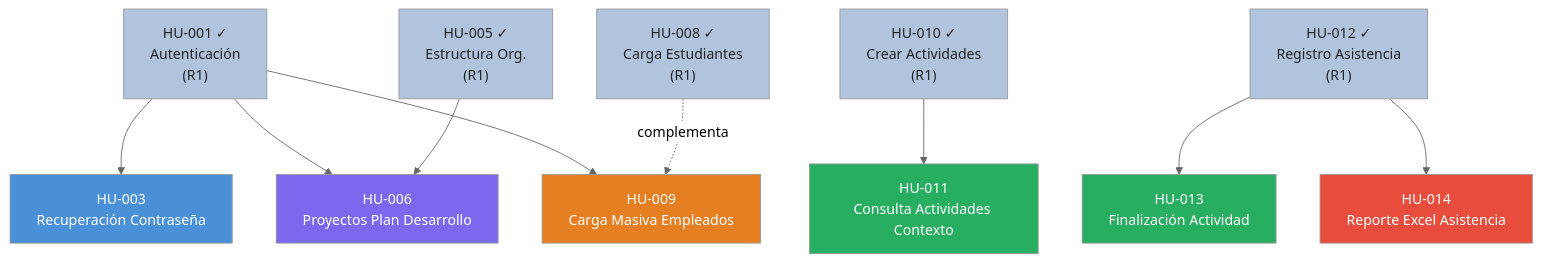
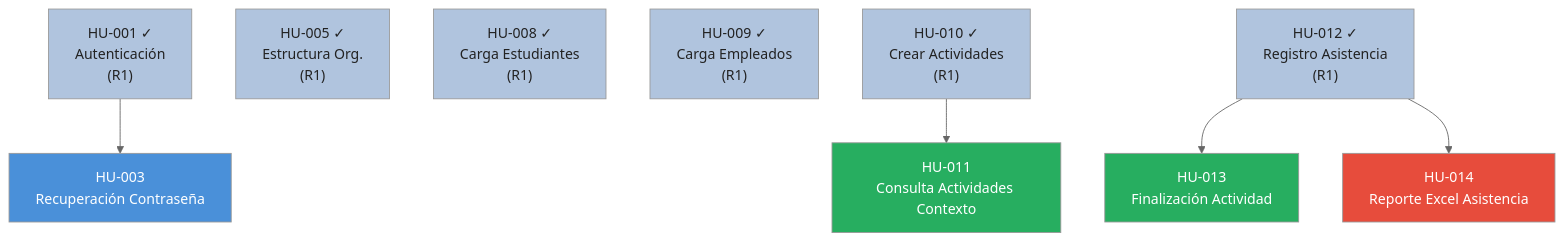
The fourth of 6 diagrams in docs/artifacts/14.plan_de_liberaciones_del_producto.md (sibeuco/DocumentacionSibe), drawn with Mermaid (neutral theme) before and after one commit. The commit also changed other lines of this file and 9 other files, not shown here.

````diff
--- a/docs/artifacts/14.plan_de_liberaciones_del_producto.md
+++ b/docs/artifacts/14.plan_de_liberaciones_del_producto.md
@@ -449,36 +473,30 @@
 ```mermaid
 graph TD
     R1_HU001["HU-001 ✓\nAutenticación\n(R1)"]
     R1_HU005["HU-005 ✓\nEstructura Org.\n(R1)"]
     R1_HU008["HU-008 ✓\nCarga Estudiantes\n(R1)"]
+    R1_HU009["HU-009 ✓\nCarga Empleados\n(R1)"]
     R1_HU010["HU-010 ✓\nCrear Actividades\n(R1)"]
     R1_HU012["HU-012 ✓\nRegistro Asistencia\n(R1)"]
 
     HU003["HU-003\nRecuperación Contraseña"]
-    HU006["HU-006\nProyectos Plan Desarrollo"]
-    HU009["HU-009\nCarga Masiva Empleados"]
     HU011["HU-011\nConsulta Actividades Contexto"]
     HU013["HU-013\nFinalización Actividad"]
     HU014["HU-014\nReporte Excel Asistencia"]
 
     R1_HU001 --> HU003
-    R1_HU001 --> HU006
-    R1_HU001 --> HU009
-    R1_HU005 --> HU006
-    R1_HU008 -.->|"complementa"| HU009
     R1_HU010 --> HU011
     R1_HU012 --> HU013
     R1_HU012 --> HU014
 
     style R1_HU001 fill:#B0C4DE,color:#222
     style R1_HU005 fill:#B0C4DE,color:#222
     style R1_HU008 fill:#B0C4DE,color:#222
+    style R1_HU009 fill:#B0C4DE,color:#222
     style R1_HU010 fill:#B0C4DE,color:#222
     style R1_HU012 fill:#B0C4DE,color:#222
     style HU003 fill:#4A90D9,color:#fff
-    style HU006 fill:#7B68EE,color:#fff
-    style HU009 fill:#E67E22,color:#fff
     style HU011 fill:#27AE60,color:#fff
     style HU013 fill:#27AE60,color:#fff
     style HU014 fill:#E74C3C,color:#fff
 ```
````
